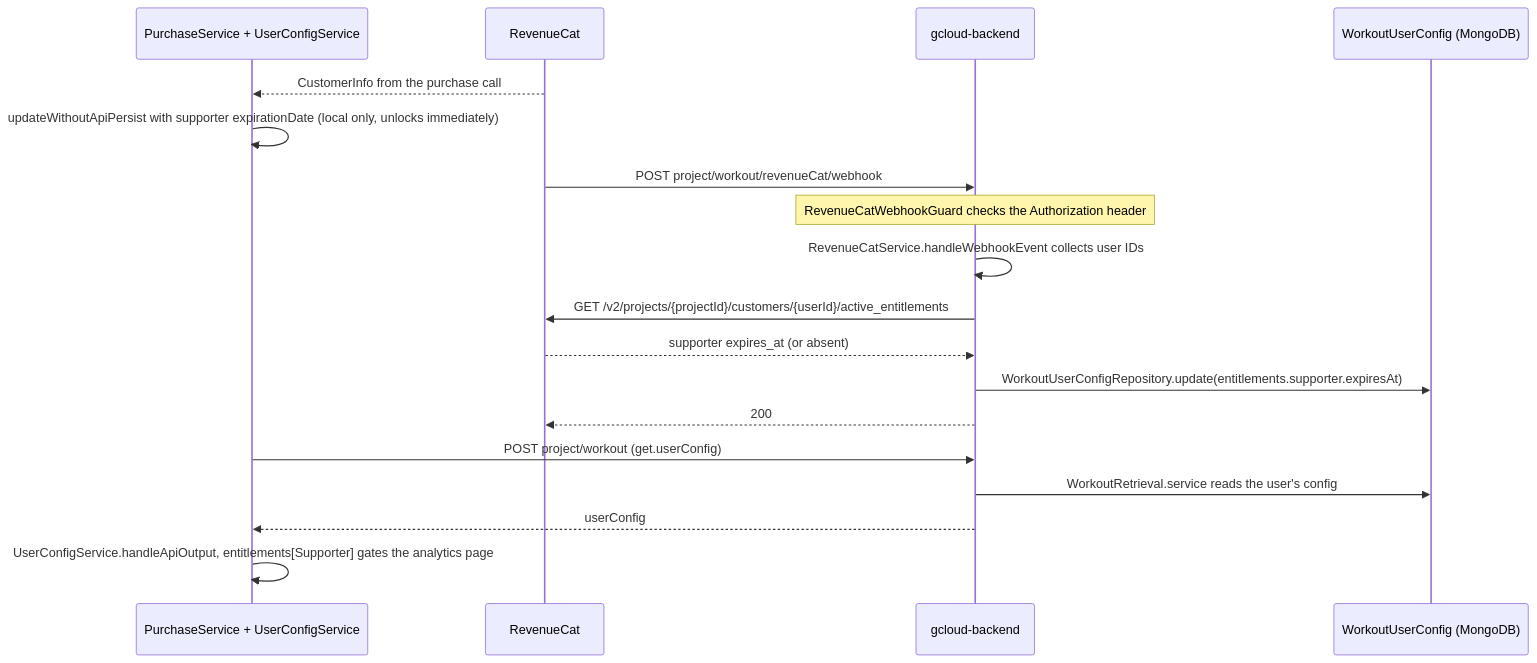
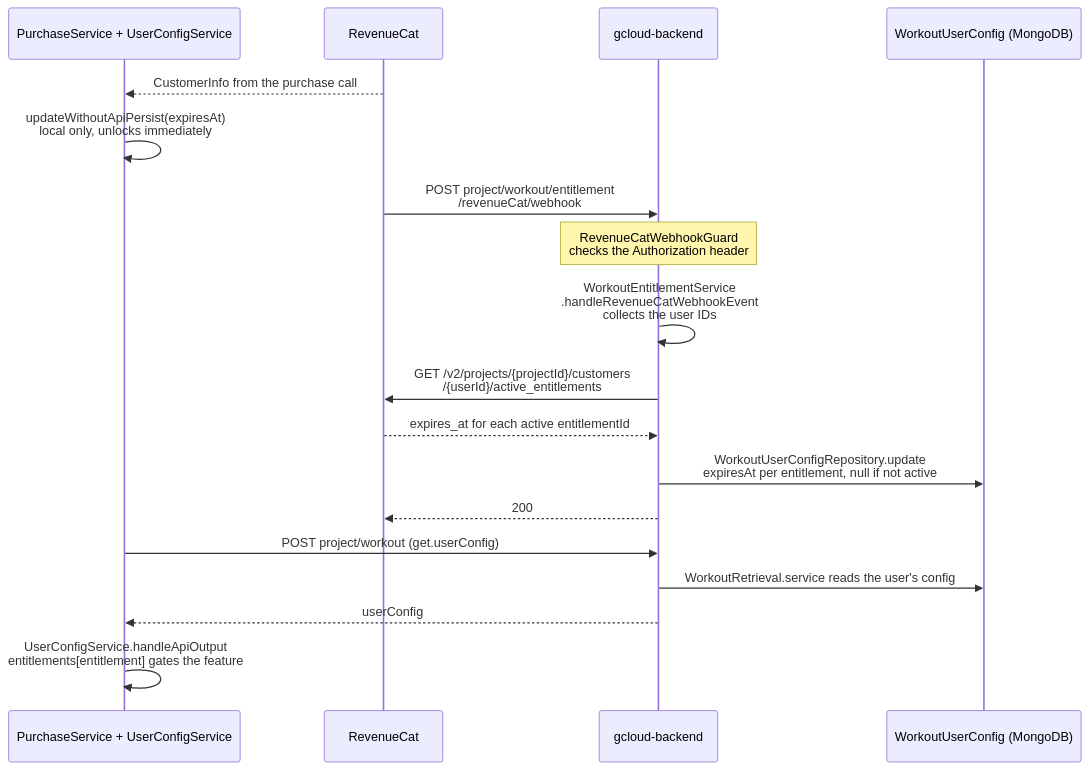
Before and after one commit to aneuhold/workout: the third of 3 diagrams in docs/payments-info.md, drawn with Mermaid. The commit also changed other lines of this file, not shown here.

Commit message:
Update diagram

````diff
--- a/docs/payments-info.md
+++ b/docs/payments-info.md
@@ -48,23 +48,23 @@
 ```mermaid
 sequenceDiagram
   participant App as PurchaseService + UserConfigService
   participant RC as RevenueCat
   participant BE as gcloud-backend
   participant DB as WorkoutUserConfig (MongoDB)
 
   RC-->>App: CustomerInfo from the purchase call
-  App->>App: updateWithoutApiPersist with supporter expirationDate (local only, unlocks immediately)
+  App->>App: updateWithoutApiPersist(expiresAt)<br/>local only, unlocks immediately
 
-  RC->>BE: POST project/workout/revenueCat/webhook
-  Note over BE: RevenueCatWebhookGuard checks the Authorization header
-  BE->>BE: RevenueCatService.handleWebhookEvent collects user IDs
-  BE->>RC: GET /v2/projects/{projectId}/customers/{userId}/active_entitlements
-  RC-->>BE: supporter expires_at (or absent)
-  BE->>DB: WorkoutUserConfigRepository.update(entitlements.supporter.expiresAt)
+  RC->>BE: POST project/workout/entitlement<br/>/revenueCat/webhook
+  Note over BE: RevenueCatWebhookGuard<br/>checks the Authorization header
+  BE->>BE: WorkoutEntitlementService<br/>.handleRevenueCatWebhookEvent<br/>collects the user IDs
+  BE->>RC: GET /v2/projects/{projectId}/customers<br/>/{userId}/active_entitlements
+  RC-->>BE: expires_at for each active entitlementId
+  BE->>DB: WorkoutUserConfigRepository.update<br/>expiresAt per entitlement, null if not active
   BE-->>RC: 200
 
   App->>BE: POST project/workout (get.userConfig)
   BE->>DB: WorkoutRetrieval.service reads the user's config
   BE-->>App: userConfig
-  App->>App: UserConfigService.handleApiOutput, entitlements[Supporter] gates the analytics page
+  App->>App: UserConfigService.handleApiOutput<br/>entitlements[entitlement] gates the feature
 ```
````
